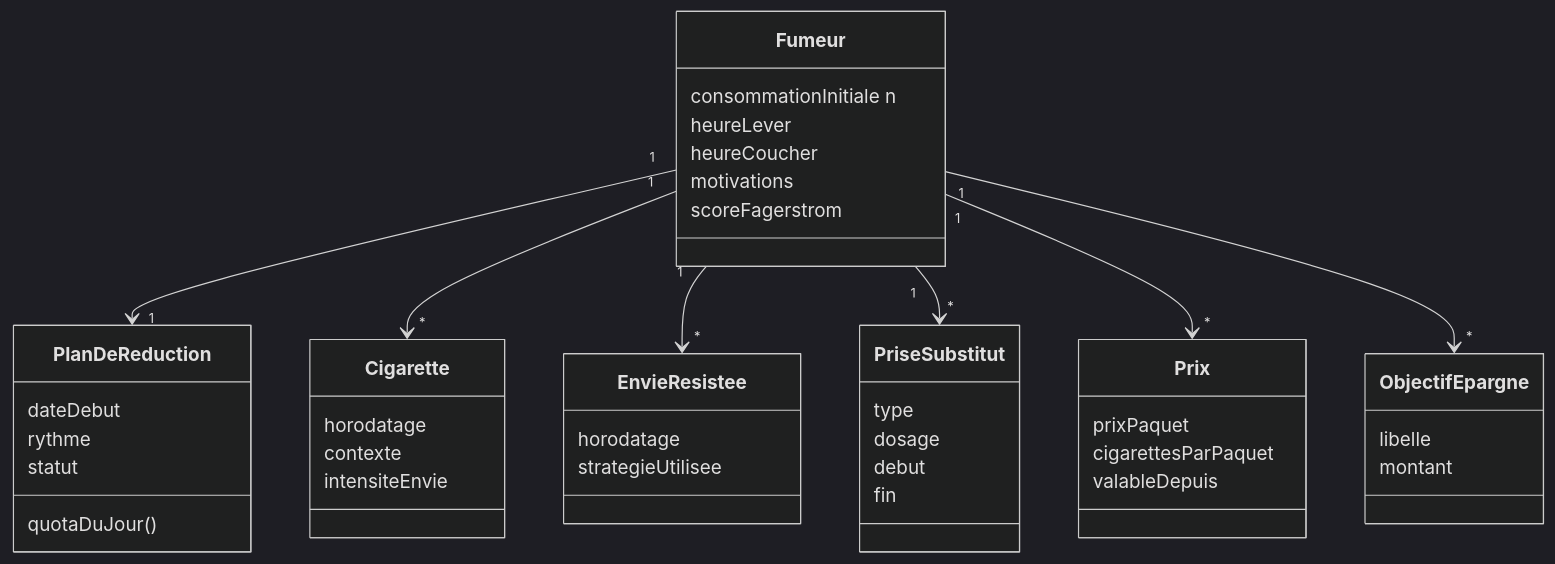
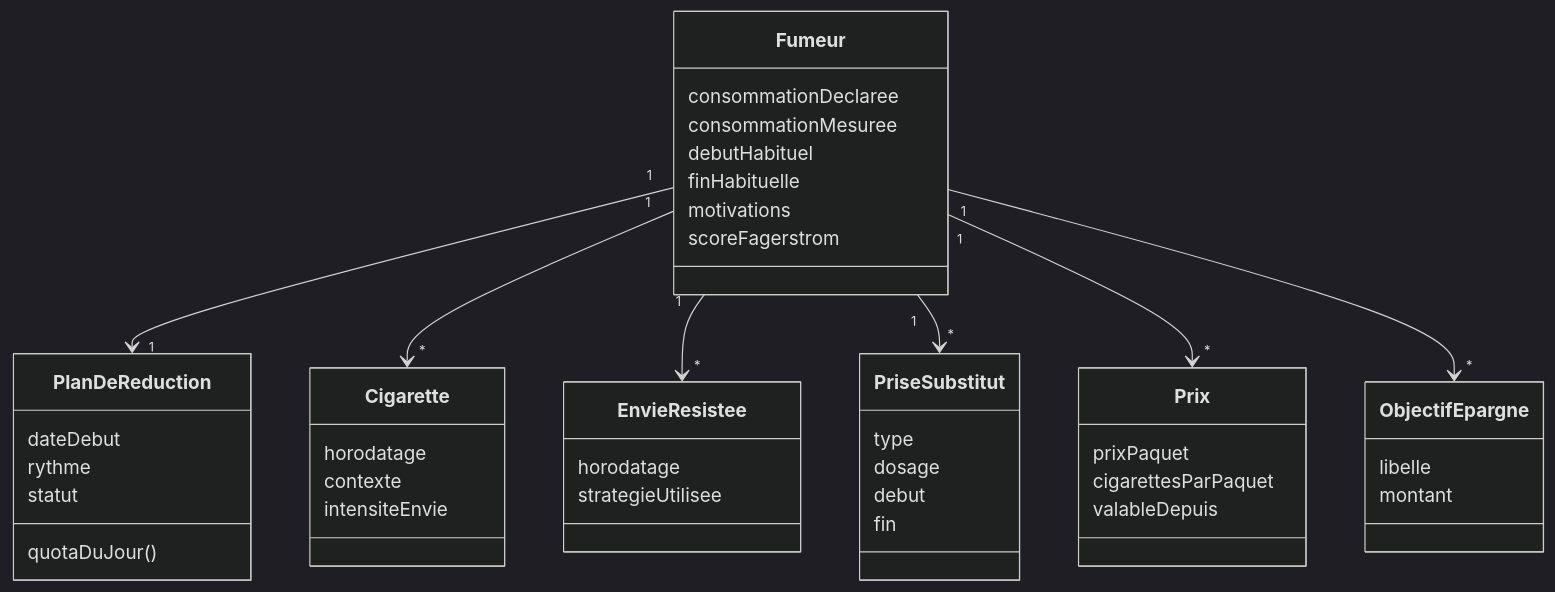
The third of 3 diagrams in docs/architecture/01-architecture-metier.md (zdmooc/declic-quit-coach), drawn with Mermaid (dark theme) before and after one commit. The commit also changed other lines of this file and 30 other files, not shown here.

````diff
--- a/docs/architecture/01-architecture-metier.md
+++ b/docs/architecture/01-architecture-metier.md
@@ -119,46 +125,47 @@
 ```mermaid
 classDiagram
   class Fumeur {
-    consommationInitiale n
-    heureLever
-    heureCoucher
+    consommationDeclaree
+    consommationMesuree
+    debutHabituel
+    finHabituelle
     motivations
     scoreFagerstrom
   }
   class PlanDeReduction {
     dateDebut
     rythme
     statut
     quotaDuJour()
   }
   class Cigarette {
     horodatage
     contexte
     intensiteEnvie
   }
   class EnvieResistee {
     horodatage
     strategieUtilisee
   }
   class PriseSubstitut {
     type
     dosage
     debut
     fin
   }
   class Prix {
     prixPaquet
     cigarettesParPaquet
     valableDepuis
   }
   class ObjectifEpargne {
     libelle
     montant
   }
   Fumeur "1" --> "1" PlanDeReduction
   Fumeur "1" --> "*" Cigarette
   Fumeur "1" --> "*" EnvieResistee
   Fumeur "1" --> "*" PriseSubstitut
   Fumeur "1" --> "*" Prix
   Fumeur "1" --> "*" ObjectifEpargne
 ```
````
